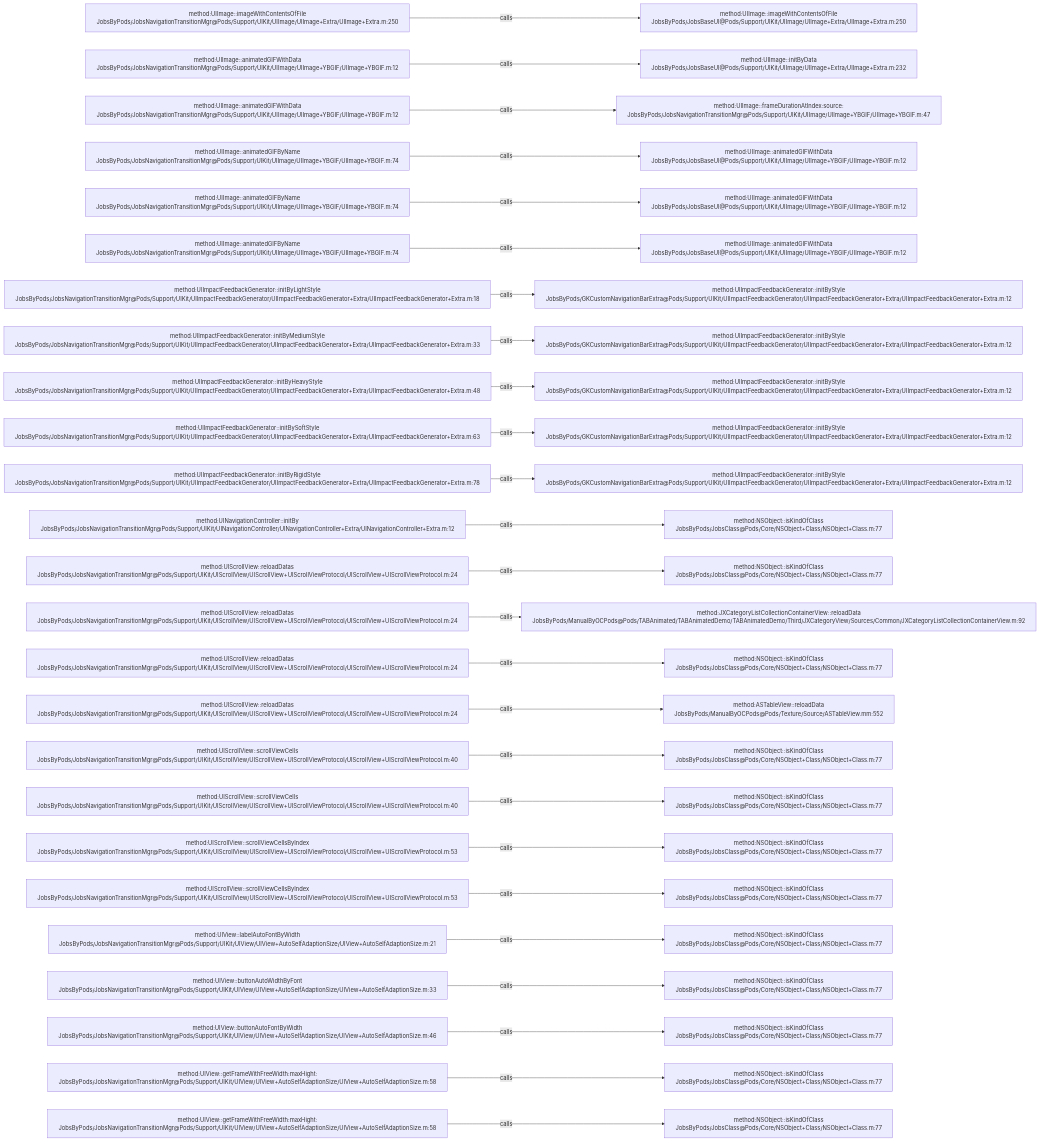
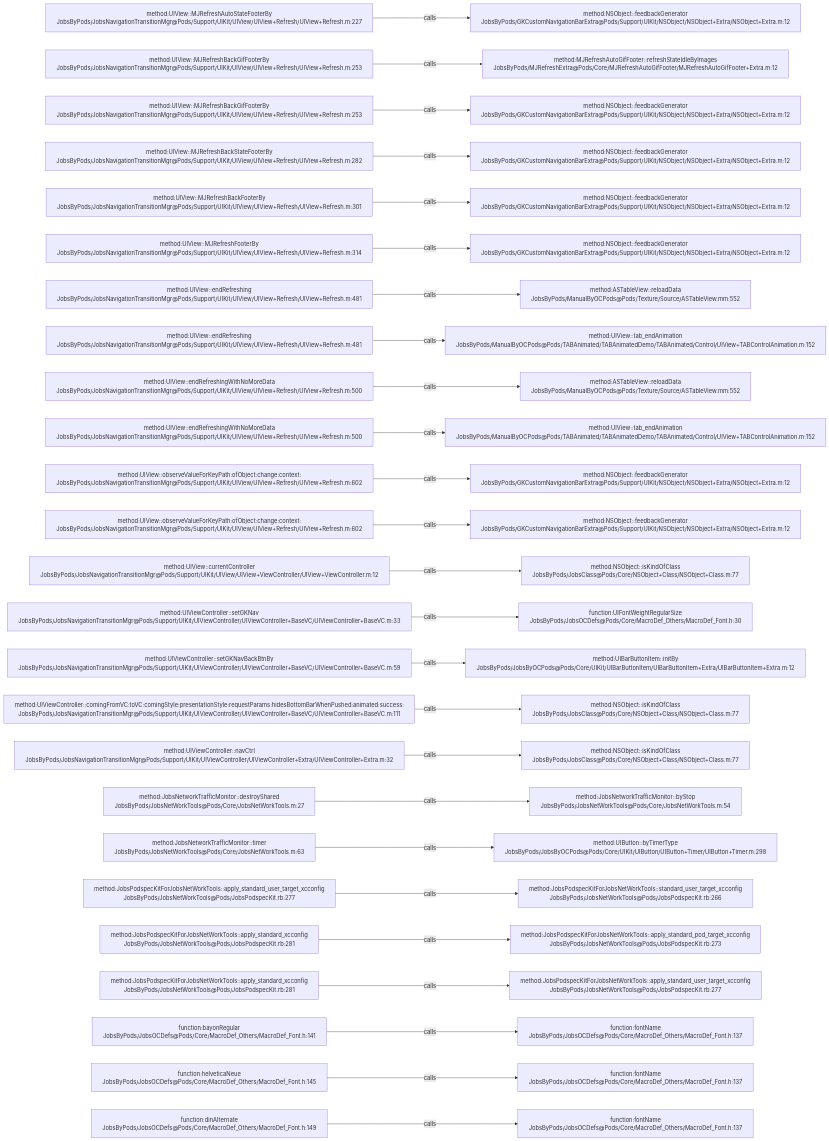
One commit to JobsKits/JobsOCBaseConfigDemo changed the diagram in .codegraph/codegraph.md/graphs/calls-136.md. Above: the diagram before and after it, drawn with Mermaid. The commit also changed 639 other files, not shown here.

````diff
--- a/.codegraph/codegraph.md/graphs/calls-136.md
+++ b/.codegraph/codegraph.md/graphs/calls-136.md
@@ -13,78 +13,78 @@
 ```mermaid
 flowchart LR
-  S1["method:UIImage::imageWithContentsOfFile<br/>JobsByPods/JobsNavigationTransitionMgr@Pods/Support/UIKit/UIImage/UIImage+Extra/UIImage+Extra.m:250"]
-  T1["method:UIImage::imageWithContentsOfFile<br/>JobsByPods/JobsBaseUI@Pods/Support/UIKit/UIImage/UIImage+Extra/UIImage+Extra.m:250"]
+  S1["method:UIView::MJRefreshAutoStateFooterBy<br/>JobsByPods/JobsNavigationTransitionMgr@Pods/Support/UIKit/UIView/UIView+Refresh/UIView+Refresh.m:227"]
+  T1["method:NSObject::feedbackGenerator<br/>JobsByPods/GKCustomNavigationBarExtra@Pods/Support/UIKit/NSObject/NSObject+Extra/NSObject+Extra.m:12"]
   S1 -->|calls| T1
-  S2["method:UIImage::animatedGIFWithData<br/>JobsByPods/JobsNavigationTransitionMgr@Pods/Support/UIKit/UIImage/UIImage+YBGIF/UIImage+YBGIF.m:12"]
-  T2["method:UIImage::initByData<br/>JobsByPods/JobsBaseUI@Pods/Support/UIKit/UIImage/UIImage+Extra/UIImage+Extra.m:232"]
+  S2["method:UIView::MJRefreshBackGifFooterBy<br/>JobsByPods/JobsNavigationTransitionMgr@Pods/Support/UIKit/UIView/UIView+Refresh/UIView+Refresh.m:253"]
+  T2["method:MJRefreshAutoGifFooter::refreshStateIdleByImages<br/>JobsByPods/MJRefreshExtra@Pods/Core/MJRefreshAutoGifFooter/MJRefreshAutoGifFooter+Extra.m:12"]
   S2 -->|calls| T2
-  S3["method:UIImage::animatedGIFWithData<br/>JobsByPods/JobsNavigationTransitionMgr@Pods/Support/UIKit/UIImage/UIImage+YBGIF/UIImage+YBGIF.m:12"]
-  T3["method:UIImage::frameDurationAtIndex:source:<br/>JobsByPods/JobsNavigationTransitionMgr@Pods/Support/UIKit/UIImage/UIImage+YBGIF/UIImage+YBGIF.m:47"]
+  S3["method:UIView::MJRefreshBackGifFooterBy<br/>JobsByPods/JobsNavigationTransitionMgr@Pods/Support/UIKit/UIView/UIView+Refresh/UIView+Refresh.m:253"]
+  T3["method:NSObject::feedbackGenerator<br/>JobsByPods/GKCustomNavigationBarExtra@Pods/Support/UIKit/NSObject/NSObject+Extra/NSObject+Extra.m:12"]
   S3 -->|calls| T3
-  S4["method:UIImage::animatedGIFByName<br/>JobsByPods/JobsNavigationTransitionMgr@Pods/Support/UIKit/UIImage/UIImage+YBGIF/UIImage+YBGIF.m:74"]
-  T4["method:UIImage::animatedGIFWithData<br/>JobsByPods/JobsBaseUI@Pods/Support/UIKit/UIImage/UIImage+YBGIF/UIImage+YBGIF.m:12"]
+  S4["method:UIView::MJRefreshBackStateFooterBy<br/>JobsByPods/JobsNavigationTransitionMgr@Pods/Support/UIKit/UIView/UIView+Refresh/UIView+Refresh.m:282"]
+  T4["method:NSObject::feedbackGenerator<br/>JobsByPods/GKCustomNavigationBarExtra@Pods/Support/UIKit/NSObject/NSObject+Extra/NSObject+Extra.m:12"]
   S4 -->|calls| T4
-  S5["method:UIImage::animatedGIFByName<br/>JobsByPods/JobsNavigationTransitionMgr@Pods/Support/UIKit/UIImage/UIImage+YBGIF/UIImage+YBGIF.m:74"]
-  T5["method:UIImage::animatedGIFWithData<br/>JobsByPods/JobsBaseUI@Pods/Support/UIKit/UIImage/UIImage+YBGIF/UIImage+YBGIF.m:12"]
+  S5["method:UIView::MJRefreshBackFooterBy<br/>JobsByPods/JobsNavigationTransitionMgr@Pods/Support/UIKit/UIView/UIView+Refresh/UIView+Refresh.m:301"]
+  T5["method:NSObject::feedbackGenerator<br/>JobsByPods/GKCustomNavigationBarExtra@Pods/Support/UIKit/NSObject/NSObject+Extra/NSObject+Extra.m:12"]
   S5 -->|calls| T5
-  S6["method:UIImage::animatedGIFByName<br/>JobsByPods/JobsNavigationTransitionMgr@Pods/Support/UIKit/UIImage/UIImage+YBGIF/UIImage+YBGIF.m:74"]
-  T6["method:UIImage::animatedGIFWithData<br/>JobsByPods/JobsBaseUI@Pods/Support/UIKit/UIImage/UIImage+YBGIF/UIImage+YBGIF.m:12"]
+  S6["method:UIView::MJRefreshFooterBy<br/>JobsByPods/JobsNavigationTransitionMgr@Pods/Support/UIKit/UIView/UIView+Refresh/UIView+Refresh.m:314"]
+  T6["method:NSObject::feedbackGenerator<br/>JobsByPods/GKCustomNavigationBarExtra@Pods/Support/UIKit/NSObject/NSObject+Extra/NSObject+Extra.m:12"]
   S6 -->|calls| T6
-  S7["method:UIImpactFeedbackGenerator::initByLightStyle<br/>JobsByPods/JobsNavigationTransitionMgr@Pods/Support/UIKit/UIImpactFeedbackGenerator/UIImpactFeedbackGenerator+Extra/UIImpactFeedbackGenerator+Extra.m:18"]
-  T7["method:UIImpactFeedbackGenerator::initByStyle<br/>JobsByPods/GKCustomNavigationBarExtra@Pods/Support/UIKit/UIImpactFeedbackGenerator/UIImpactFeedbackGenerator+Extra/UIImpactFeedbackGenerator+Extra.m:12"]
+  S7["method:UIView::endRefreshing<br/>JobsByPods/JobsNavigationTransitionMgr@Pods/Support/UIKit/UIView/UIView+Refresh/UIView+Refresh.m:481"]
+  T7["method:ASTableView::reloadData<br/>JobsByPods/ManualByOCPods@Pods/Texture/Source/ASTableView.mm:552"]
   S7 -->|calls| T7
-  S8["method:UIImpactFeedbackGenerator::initByMediumStyle<br/>JobsByPods/JobsNavigationTransitionMgr@Pods/Support/UIKit/UIImpactFeedbackGenerator/UIImpactFeedbackGenerator+Extra/UIImpactFeedbackGenerator+Extra.m:33"]
-  T8["method:UIImpactFeedbackGenerator::initByStyle<br/>JobsByPods/GKCustomNavigationBarExtra@Pods/Support/UIKit/UIImpactFeedbackGenerator/UIImpactFeedbackGenerator+Extra/UIImpactFeedbackGenerator+Extra.m:12"]
+  S8["method:UIView::endRefreshing<br/>JobsByPods/JobsNavigationTransitionMgr@Pods/Support/UIKit/UIView/UIView+Refresh/UIView+Refresh.m:481"]
+  T8["method:UIView::tab_endAnimation<br/>JobsByPods/ManualByOCPods@Pods/TABAnimated/TABAnimatedDemo/TABAnimated/Control/UIView+TABControlAnimation.m:152"]
   S8 -->|calls| T8
-  S9["method:UIImpactFeedbackGenerator::initByHeavyStyle<br/>JobsByPods/JobsNavigationTransitionMgr@Pods/Support/UIKit/UIImpactFeedbackGenerator/UIImpactFeedbackGenerator+Extra/UIImpactFeedbackGenerator+Extra.m:48"]
-  T9["method:UIImpactFeedbackGenerator::initByStyle<br/>JobsByPods/GKCustomNavigationBarExtra@Pods/Support/UIKit/UIImpactFeedbackGenerator/UIImpactFeedbackGenerator+Extra/UIImpactFeedbackGenerator+Extra.m:12"]
+  S9["method:UIView::endRefreshingWithNoMoreData<br/>JobsByPods/JobsNavigationTransitionMgr@Pods/Support/UIKit/UIView/UIView+Refresh/UIView+Refresh.m:500"]
+  T9["method:ASTableView::reloadData<br/>JobsByPods/ManualByOCPods@Pods/Texture/Source/ASTableView.mm:552"]
   S9 -->|calls| T9
-  S10["method:UIImpactFeedbackGenerator::initBySoftStyle<br/>JobsByPods/JobsNavigationTransitionMgr@Pods/Support/UIKit/UIImpactFeedbackGenerator/UIImpactFeedbackGenerator+Extra/UIImpactFeedbackGenerator+Extra.m:63"]
-  T10["method:UIImpactFeedbackGenerator::initByStyle<br/>JobsByPods/GKCustomNavigationBarExtra@Pods/Support/UIKit/UIImpactFeedbackGenerator/UIImpactFeedbackGenerator+Extra/UIImpactFeedbackGenerator+Extra.m:12"]
+  S10["method:UIView::endRefreshingWithNoMoreData<br/>JobsByPods/JobsNavigationTransitionMgr@Pods/Support/UIKit/UIView/UIView+Refresh/UIView+Refresh.m:500"]
+  T10["method:UIView::tab_endAnimation<br/>JobsByPods/ManualByOCPods@Pods/TABAnimated/TABAnimatedDemo/TABAnimated/Control/UIView+TABControlAnimation.m:152"]
   S10 -->|calls| T10
-  S11["method:UIImpactFeedbackGenerator::initByRigidStyle<br/>JobsByPods/JobsNavigationTransitionMgr@Pods/Support/UIKit/UIImpactFeedbackGenerator/UIImpactFeedbackGenerator+Extra/UIImpactFeedbackGenerator+Extra.m:78"]
-  T11["method:UIImpactFeedbackGenerator::initByStyle<br/>JobsByPods/GKCustomNavigationBarExtra@Pods/Support/UIKit/UIImpactFeedbackGenerator/UIImpactFeedbackGenerator+Extra/UIImpactFeedbackGenerator+Extra.m:12"]
+  S11["method:UIView::observeValueForKeyPath:ofObject:change:context:<br/>JobsByPods/JobsNavigationTransitionMgr@Pods/Support/UIKit/UIView/UIView+Refresh/UIView+Refresh.m:602"]
+  T11["method:NSObject::feedbackGenerator<br/>JobsByPods/GKCustomNavigationBarExtra@Pods/Support/UIKit/NSObject/NSObject+Extra/NSObject+Extra.m:12"]
   S11 -->|calls| T11
-  S12["method:UINavigationController::initBy<br/>JobsByPods/JobsNavigationTransitionMgr@Pods/Support/UIKit/UINavigationController/UINavigationController+Extra/UINavigationController+Extra.m:12"]
-  T12["method:NSObject::isKindOfClass<br/>JobsByPods/JobsClass@Pods/Core/NSObject+Class/NSObject+Class.m:77"]
+  S12["method:UIView::observeValueForKeyPath:ofObject:change:context:<br/>JobsByPods/JobsNavigationTransitionMgr@Pods/Support/UIKit/UIView/UIView+Refresh/UIView+Refresh.m:602"]
+  T12["method:NSObject::feedbackGenerator<br/>JobsByPods/GKCustomNavigationBarExtra@Pods/Support/UIKit/NSObject/NSObject+Extra/NSObject+Extra.m:12"]
   S12 -->|calls| T12
-  S13["method:UIScrollView::reloadDatas<br/>JobsByPods/JobsNavigationTransitionMgr@Pods/Support/UIKit/UIScrollView/UIScrollView+UIScrollViewProtocol/UIScrollView+UIScrollViewProtocol.m:24"]
+  S13["method:UIView::currentController<br/>JobsByPods/JobsNavigationTransitionMgr@Pods/Support/UIKit/UIView/UIView+ViewController/UIView+ViewController.m:12"]
   T13["method:NSObject::isKindOfClass<br/>JobsByPods/JobsClass@Pods/Core/NSObject+Class/NSObject+Class.m:77"]
   S13 -->|calls| T13
-  S14["method:UIScrollView::reloadDatas<br/>JobsByPods/JobsNavigationTransitionMgr@Pods/Support/UIKit/UIScrollView/UIScrollView+UIScrollViewProtocol/UIScrollView+UIScrollViewProtocol.m:24"]
-  T14["method:JXCategoryListCollectionContainerView::reloadData<br/>JobsByPods/ManualByOCPods@Pods/TABAnimated/TABAnimatedDemo/TABAnimatedDemo/Third/JXCategoryView/Sources/Common/JXCategoryListCollectionContainerView.m:92"]
+  S14["method:UIViewController::setGKNav<br/>JobsByPods/JobsNavigationTransitionMgr@Pods/Support/UIKit/UIViewController/UIViewController+BaseVC/UIViewController+BaseVC.m:33"]
+  T14["function:UIFontWeightRegularSize<br/>JobsByPods/JobsOCDefs@Pods/Core/MacroDef_Others/MacroDef_Font.h:30"]
   S14 -->|calls| T14
-  S15["method:UIScrollView::reloadDatas<br/>JobsByPods/JobsNavigationTransitionMgr@Pods/Support/UIKit/UIScrollView/UIScrollView+UIScrollViewProtocol/UIScrollView+UIScrollViewProtocol.m:24"]
-  T15["method:NSObject::isKindOfClass<br/>JobsByPods/JobsClass@Pods/Core/NSObject+Class/NSObject+Class.m:77"]
+  S15["method:UIViewController::setGKNavBackBtnBy<br/>JobsByPods/JobsNavigationTransitionMgr@Pods/Support/UIKit/UIViewController/UIViewController+BaseVC/UIViewController+BaseVC.m:59"]
+  T15["method:UIBarButtonItem::initBy<br/>JobsByPods/JobsByOCPods@Pods/Core/UIKit/UIBarButtonItem/UIBarButtonItem+Extra/UIBarButtonItem+Extra.m:12"]
   S15 -->|calls| T15
-  S16["method:UIScrollView::reloadDatas<br/>JobsByPods/JobsNavigationTransitionMgr@Pods/Support/UIKit/UIScrollView/UIScrollView+UIScrollViewProtocol/UIScrollView+UIScrollViewProtocol.m:24"]
-  T16["method:ASTableView::reloadData<br/>JobsByPods/ManualByOCPods@Pods/Texture/Source/ASTableView.mm:552"]
+  S16["method:UIViewController::comingFromVC:toVC:comingStyle:presentationStyle:requestParams:hidesBottomBarWhenPushed:animated:success:<br/>JobsByPods/JobsNavigationTransitionMgr@Pods/Support/UIKit/UIViewController/UIViewController+BaseVC/UIViewController+BaseVC.m:111"]
+  T16["method:NSObject::isKindOfClass<br/>JobsByPods/JobsClass@Pods/Core/NSObject+Class/NSObject+Class.m:77"]
   S16 -->|calls| T16
-  S17["method:UIScrollView::scrollViewCells<br/>JobsByPods/JobsNavigationTransitionMgr@Pods/Support/UIKit/UIScrollView/UIScrollView+UIScrollViewProtocol/UIScrollView+UIScrollViewProtocol.m:40"]
+  S17["method:UIViewController::navCtrl<br/>JobsByPods/JobsNavigationTransitionMgr@Pods/Support/UIKit/UIViewController/UIViewController+Extra/UIViewController+Extra.m:32"]
   T17["method:NSObject::isKindOfClass<br/>JobsByPods/JobsClass@Pods/Core/NSObject+Class/NSObject+Class.m:77"]
   S17 -->|calls| T17
-  S18["method:UIScrollView::scrollViewCells<br/>JobsByPods/JobsNavigationTransitionMgr@Pods/Support/UIKit/UIScrollView/UIScrollView+UIScrollViewProtocol/UIScrollView+UIScrollViewProtocol.m:40"]
-  T18["method:NSObject::isKindOfClass<br/>JobsByPods/JobsClass@Pods/Core/NSObject+Class/NSObject+Class.m:77"]
+  S18["method:JobsNetworkTrafficMonitor::destroyShared<br/>JobsByPods/JobsNetWorkTools@Pods/Core/JobsNetWorkTools.m:27"]
+  T18["method:JobsNetworkTrafficMonitor::byStop<br/>JobsByPods/JobsNetWorkTools@Pods/Core/JobsNetWorkTools.m:54"]
   S18 -->|calls| T18
-  S19["method:UIScrollView::scrollViewCellsByIndex<br/>JobsByPods/JobsNavigationTransitionMgr@Pods/Support/UIKit/UIScrollView/UIScrollView+UIScrollViewProtocol/UIScrollView+UIScrollViewProtocol.m:53"]
-  T19["method:NSObject::isKindOfClass<br/>JobsByPods/JobsClass@Pods/Core/NSObject+Class/NSObject+Class.m:77"]
+  S19["method:JobsNetworkTrafficMonitor::timer<br/>JobsByPods/JobsNetWorkTools@Pods/Core/JobsNetWorkTools.m:63"]
+  T19["method:UIButton::byTimerType<br/>JobsByPods/JobsByOCPods@Pods/Core/UIKit/UIButton/UIButton+Timer/UIButton+Timer.m:298"]
   S19 -->|calls| T19
-  S20["method:UIScrollView::scrollViewCellsByIndex<br/>JobsByPods/JobsNavigationTransitionMgr@Pods/Support/UIKit/UIScrollView/UIScrollView+UIScrollViewProtocol/UIScrollView+UIScrollViewProtocol.m:53"]
-  T20["method:NSObject::isKindOfClass<br/>JobsByPods/JobsClass@Pods/Core/NSObject+Class/NSObject+Class.m:77"]
+  S20["method:JobsPodspecKitForJobsNetWorkTools::apply_standard_user_target_xcconfig<br/>JobsByPods/JobsNetWorkTools@Pods/JobsPodspecKit.rb:277"]
+  T20["method:JobsPodspecKitForJobsNetWorkTools::standard_user_target_xcconfig<br/>JobsByPods/JobsNetWorkTools@Pods/JobsPodspecKit.rb:266"]
   S20 -->|calls| T20
-  S21["method:UIView::labelAutoFontByWidth<br/>JobsByPods/JobsNavigationTransitionMgr@Pods/Support/UIKit/UIView/UIView+AutoSelfAdaptionSize/UIView+AutoSelfAdaptionSize.m:21"]
-  T21["method:NSObject::isKindOfClass<br/>JobsByPods/JobsClass@Pods/Core/NSObject+Class/NSObject+Class.m:77"]
+  S21["method:JobsPodspecKitForJobsNetWorkTools::apply_standard_xcconfig<br/>JobsByPods/JobsNetWorkTools@Pods/JobsPodspecKit.rb:281"]
+  T21["method:JobsPodspecKitForJobsNetWorkTools::apply_standard_pod_target_xcconfig<br/>JobsByPods/JobsNetWorkTools@Pods/JobsPodspecKit.rb:273"]
   S21 -->|calls| T21
-  S22["method:UIView::buttonAutoWidthByFont<br/>JobsByPods/JobsNavigationTransitionMgr@Pods/Support/UIKit/UIView/UIView+AutoSelfAdaptionSize/UIView+AutoSelfAdaptionSize.m:33"]
-  T22["method:NSObject::isKindOfClass<br/>JobsByPods/JobsClass@Pods/Core/NSObject+Class/NSObject+Class.m:77"]
+  S22["method:JobsPodspecKitForJobsNetWorkTools::apply_standard_xcconfig<br/>JobsByPods/JobsNetWorkTools@Pods/JobsPodspecKit.rb:281"]
+  T22["method:JobsPodspecKitForJobsNetWorkTools::apply_standard_user_target_xcconfig<br/>JobsByPods/JobsNetWorkTools@Pods/JobsPodspecKit.rb:277"]
   S22 -->|calls| T22
-  S23["method:UIView::buttonAutoFontByWidth<br/>JobsByPods/JobsNavigationTransitionMgr@Pods/Support/UIKit/UIView/UIView+AutoSelfAdaptionSize/UIView+AutoSelfAdaptionSize.m:46"]
-  T23["method:NSObject::isKindOfClass<br/>JobsByPods/JobsClass@Pods/Core/NSObject+Class/NSObject+Class.m:77"]
+  S23["function:bayonRegular<br/>JobsByPods/JobsOCDefs@Pods/Core/MacroDef_Others/MacroDef_Font.h:141"]
+  T23["function:fontName<br/>JobsByPods/JobsOCDefs@Pods/Core/MacroDef_Others/MacroDef_Font.h:137"]
   S23 -->|calls| T23
-  S24["method:UIView::getFrameWithFreeWidth:maxHight:<br/>JobsByPods/JobsNavigationTransitionMgr@Pods/Support/UIKit/UIView/UIView+AutoSelfAdaptionSize/UIView+AutoSelfAdaptionSize.m:58"]
-  T24["method:NSObject::isKindOfClass<br/>JobsByPods/JobsClass@Pods/Core/NSObject+Class/NSObject+Class.m:77"]
+  S24["function:helveticaNeue<br/>JobsByPods/JobsOCDefs@Pods/Core/MacroDef_Others/MacroDef_Font.h:145"]
+  T24["function:fontName<br/>JobsByPods/JobsOCDefs@Pods/Core/MacroDef_Others/MacroDef_Font.h:137"]
   S24 -->|calls| T24
-  S25["method:UIView::getFrameWithFreeWidth:maxHight:<br/>JobsByPods/JobsNavigationTransitionMgr@Pods/Support/UIKit/UIView/UIView+AutoSelfAdaptionSize/UIView+AutoSelfAdaptionSize.m:58"]
-  T25["method:NSObject::isKindOfClass<br/>JobsByPods/JobsClass@Pods/Core/NSObject+Class/NSObject+Class.m:77"]
+  S25["function:dinAlternate<br/>JobsByPods/JobsOCDefs@Pods/Core/MacroDef_Others/MacroDef_Font.h:149"]
+  T25["function:fontName<br/>JobsByPods/JobsOCDefs@Pods/Core/MacroDef_Others/MacroDef_Font.h:137"]
   S25 -->|calls| T25
 ```
````
